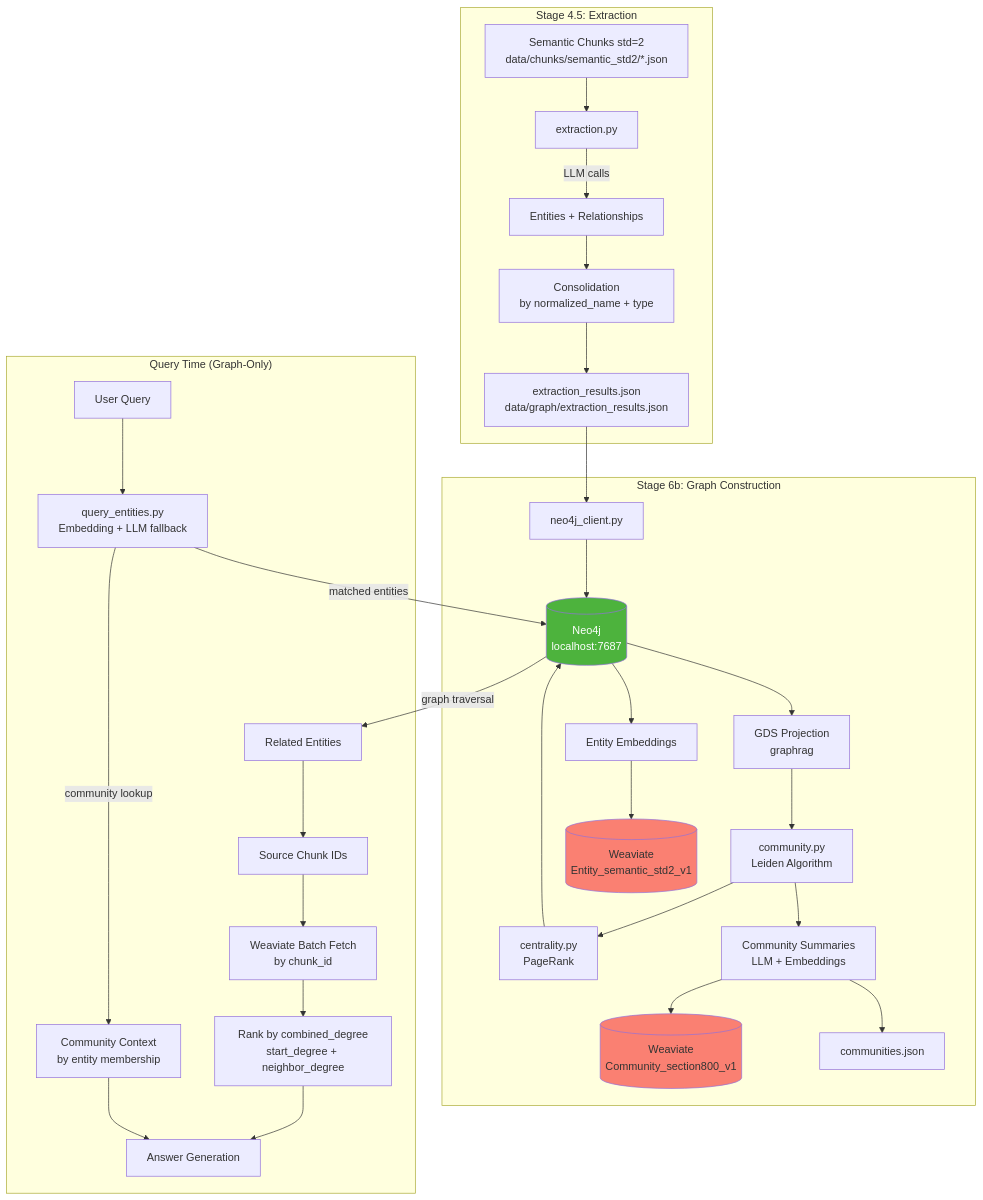
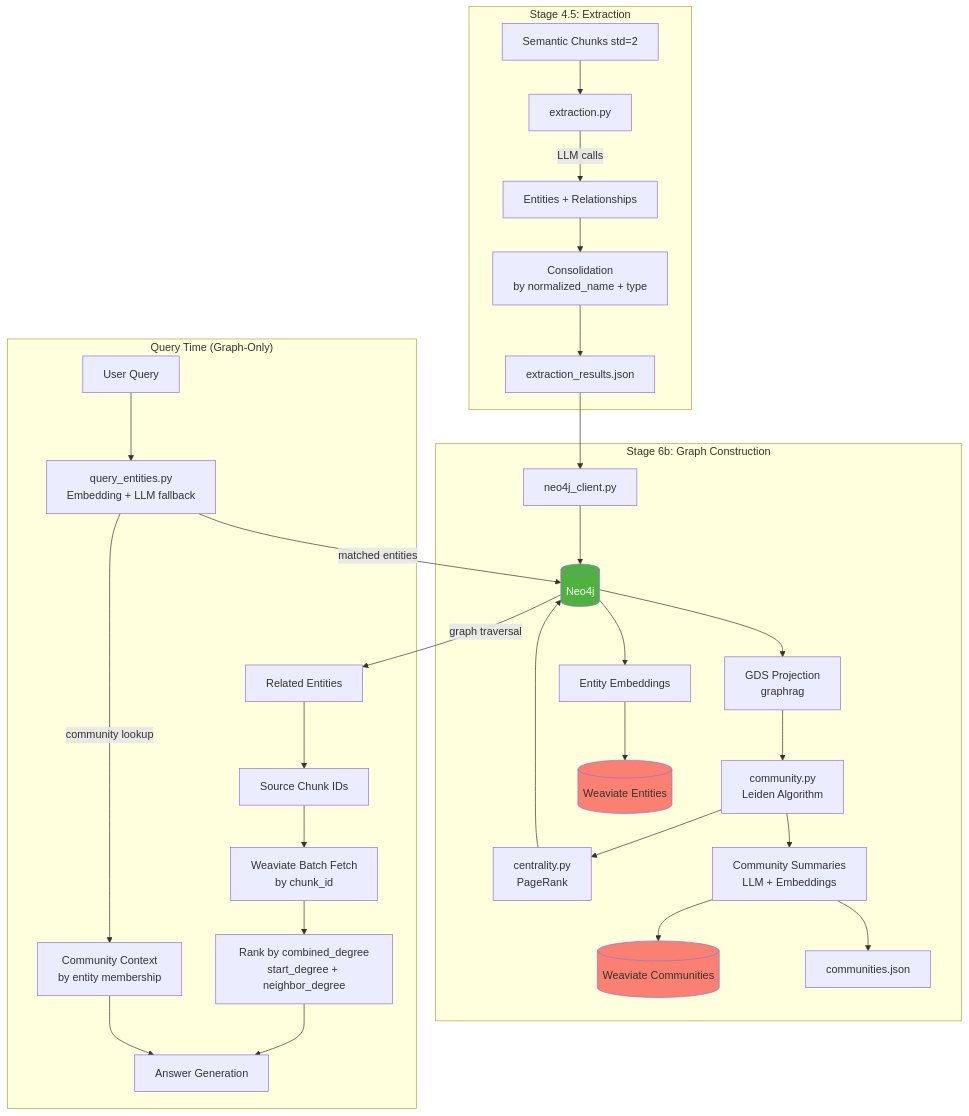
The first of 8 diagrams in memory-bank/graphrag/graphrag_raglab_implementation.md (crlsrmrlsz/raglab), drawn with Mermaid before and after one commit. The commit also changed other lines of this file, not shown here.

First line of the commit message:
fix(docs): resolve mermaid parsing errors in GraphRAG doc

````diff
--- a/memory-bank/graphrag/graphrag_raglab_implementation.md
+++ b/memory-bank/graphrag/graphrag_raglab_implementation.md
@@ -34,45 +34,45 @@
 ```mermaid
 flowchart TB
     subgraph Phase1["Stage 4.5: Extraction"]
-        CHUNKS[Semantic Chunks std=2<br/>data/chunks/semantic_std2/*.json] --> EXTRACT[extraction.py]
+        CHUNKS["Semantic Chunks std=2"] --> EXTRACT[extraction.py]
         EXTRACT --> |LLM calls| ENTITIES[Entities + Relationships]
         ENTITIES --> CONSOLIDATE[Consolidation<br/>by normalized_name + type]
-        CONSOLIDATE --> RESULTS[extraction_results.json<br/>data/graph/extraction_results.json]
+        CONSOLIDATE --> RESULTS["extraction_results.json"]
     end
 
     subgraph Phase2["Stage 6b: Graph Construction"]
         RESULTS --> UPLOAD[neo4j_client.py]
-        UPLOAD --> NEO4J[(Neo4j<br/>localhost:7687)]
+        UPLOAD --> NEO4J[("Neo4j")]
 
         NEO4J --> GDS[GDS Projection<br/>graphrag]
         GDS --> LEIDEN[community.py<br/>Leiden Algorithm]
         LEIDEN --> PAGERANK[centrality.py<br/>PageRank]
         PAGERANK --> NEO4J
 
         LEIDEN --> SUMMARY[Community Summaries<br/>LLM + Embeddings]
-        SUMMARY --> WEAVIATE_COMM[(Weaviate<br/>Community_section800_v1)]
+        SUMMARY --> WEAVIATE_COMM[("Weaviate Communities")]
         SUMMARY --> JSON[communities.json]
 
         NEO4J --> ENTITY_EMB[Entity Embeddings]
-        ENTITY_EMB --> WEAVIATE_ENT[(Weaviate<br/>Entity_semantic_std2_v1)]
+        ENTITY_EMB --> WEAVIATE_ENT[("Weaviate Entities")]
     end
 
     subgraph Phase3["Query Time (Graph-Only)"]
         QUERY[User Query] --> ENTITY_EXT[query_entities.py<br/>Embedding + LLM fallback]
         ENTITY_EXT --> |matched entities| NEO4J
         NEO4J --> |graph traversal| NEIGHBORS[Related Entities]
         NEIGHBORS --> CHUNK_IDS[Source Chunk IDs]
 
         CHUNK_IDS --> FETCH[Weaviate Batch Fetch<br/>by chunk_id]
         FETCH --> RANK[Rank by combined_degree<br/>start_degree + neighbor_degree]
 
         ENTITY_EXT --> |community lookup| COMM_CTX[Community Context<br/>by entity membership]
 
         RANK --> GENERATION[Answer Generation]
         COMM_CTX --> GENERATION
     end
 
     style NEO4J fill:#4db33d,color:white
     style WEAVIATE_COMM fill:#fa8072
     style WEAVIATE_ENT fill:#fa8072
 ```
````
